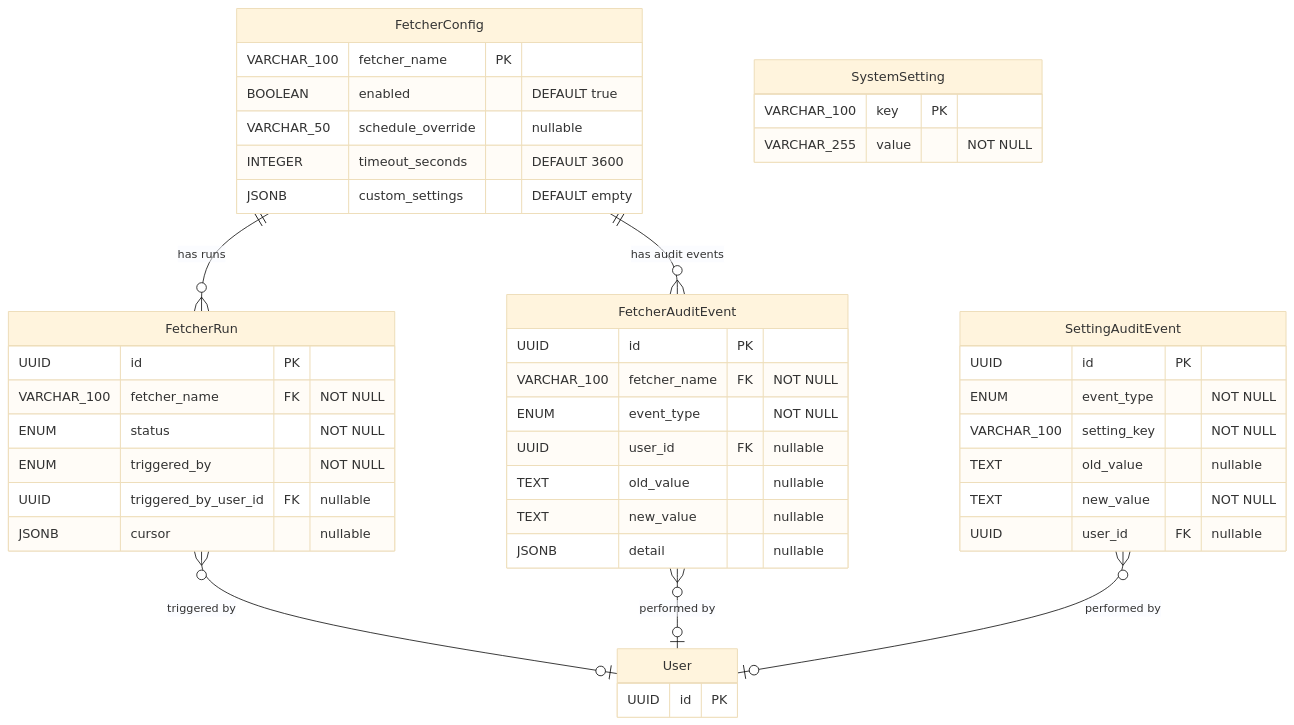
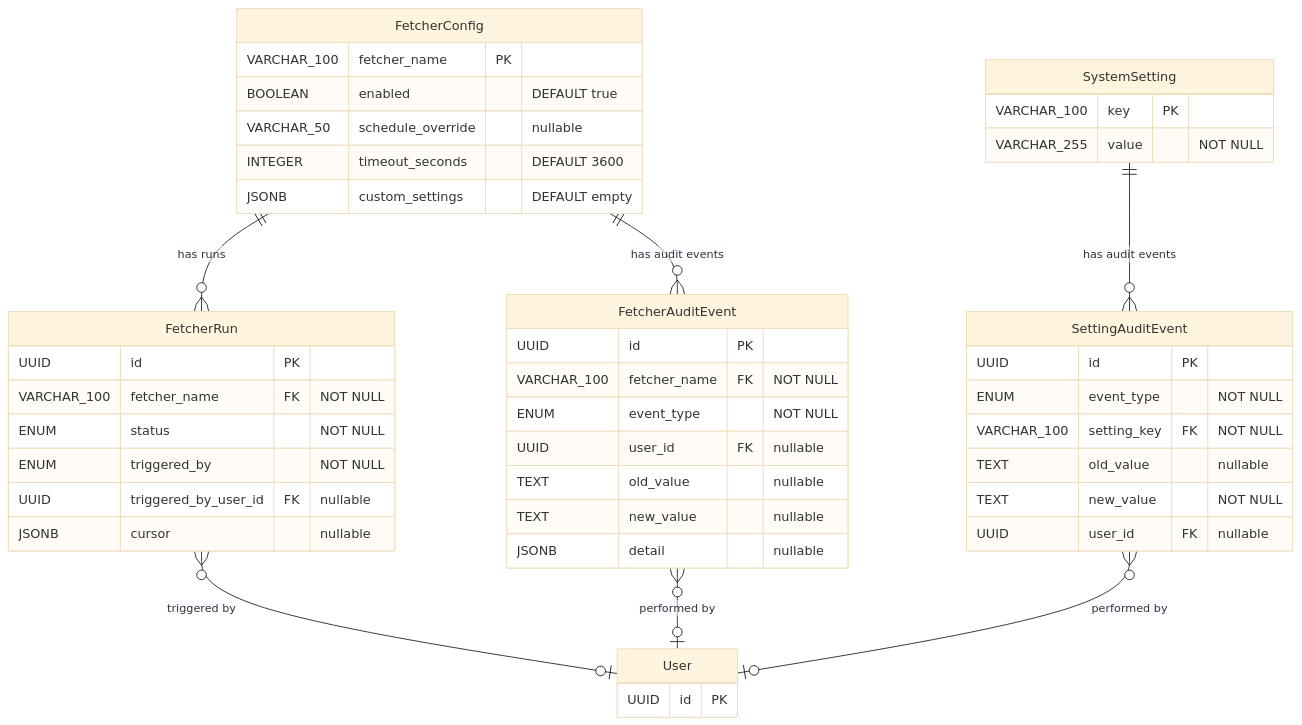
One commit to StayPirate/STAMP changed the fifth of 6 diagrams in docs/data-model.md. Above: the diagram before and after it, drawn with Mermaid (base theme). The commit also changed other lines of this file and 1 other file, not shown here.

Commit message:
docs: add missing FK and ER relationships for SettingAuditEvent and FetcherConfig
- data-model.md: declare SettingAuditEvent.setting_key as FK(system_setting.key)
  ON DELETE RESTRICT, consistent with FetcherAuditEvent.fetcher_name pattern
- data-model.md: add SystemSetting ||--o{ SettingAuditEvent relationship in
  Platform ER diagram
- system-map.md: add 3 missing relationships (FetcherConfig→FetcherRun,
  FetcherConfig→FetcherAuditEvent, SystemSetting→SettingAuditEvent) that were
  present in data-model.md but absent from the system map

````diff
--- a/docs/data-model.md
+++ b/docs/data-model.md
@@ -316,48 +316,49 @@
 ```mermaid
 erDiagram
     FetcherConfig {
         VARCHAR_100 fetcher_name PK
         BOOLEAN enabled "DEFAULT true"
         VARCHAR_50 schedule_override "nullable"
         INTEGER timeout_seconds "DEFAULT 3600"
         JSONB custom_settings "DEFAULT empty"
     }
     FetcherRun {
         UUID id PK
         VARCHAR_100 fetcher_name FK "NOT NULL"
         ENUM status "NOT NULL"
         ENUM triggered_by "NOT NULL"
         UUID triggered_by_user_id FK "nullable"
         JSONB cursor "nullable"
     }
     FetcherAuditEvent {
         UUID id PK
         VARCHAR_100 fetcher_name FK "NOT NULL"
         ENUM event_type "NOT NULL"
         UUID user_id FK "nullable"
         TEXT old_value "nullable"
         TEXT new_value "nullable"
         JSONB detail "nullable"
     }
     SystemSetting {
         VARCHAR_100 key PK
         VARCHAR_255 value "NOT NULL"
     }
     SettingAuditEvent {
         UUID id PK
         ENUM event_type "NOT NULL"
-        VARCHAR_100 setting_key "NOT NULL"
+        VARCHAR_100 setting_key FK "NOT NULL"
         TEXT old_value "nullable"
         TEXT new_value "NOT NULL"
         UUID user_id FK "nullable"
     }
     User {
         UUID id PK
     }
 
     FetcherConfig ||--o{ FetcherRun : "has runs"
     FetcherConfig ||--o{ FetcherAuditEvent : "has audit events"
     FetcherRun }o--o| User : "triggered by"
     FetcherAuditEvent }o--o| User : "performed by"
+    SystemSetting ||--o{ SettingAuditEvent : "has audit events"
     SettingAuditEvent }o--o| User : "performed by"
 ```
````
